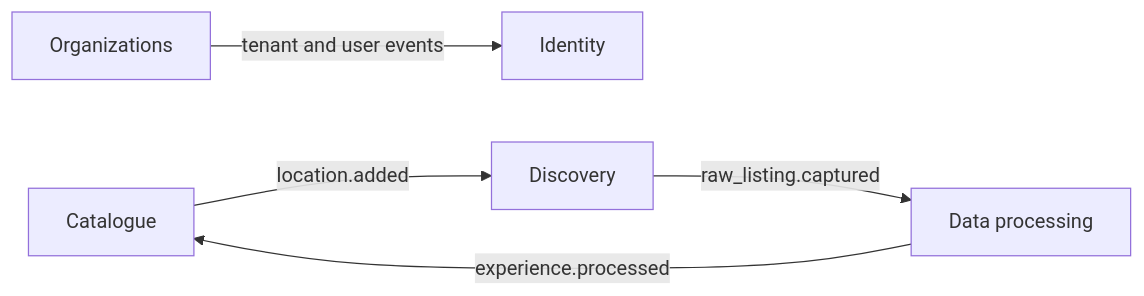
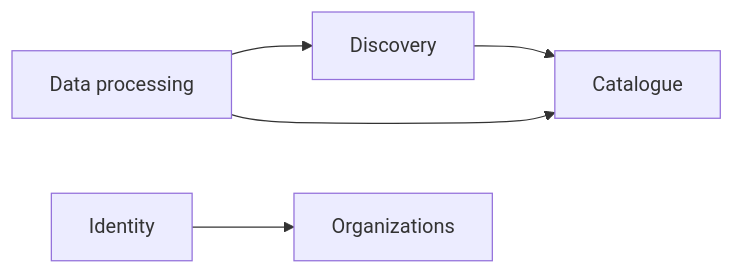
Before and after one commit to mdwt/magic-events: the diagram in docs/data-model.md, drawn with Mermaid. The commit also changed other lines of this file and 3 other files, not shown here.

First line of the commit message:
Simplify discovery: services call services, raw listing status is the hand-off; add discovery.md

````diff
--- a/docs/data-model.md
+++ b/docs/data-model.md
@@ -22,7 +22,7 @@
 ```mermaid
 flowchart LR
-  ORG[Organizations] -- tenant and user events --> ID[Identity]
-  CAT[Catalogue] -- location.added --> DIS[Discovery]
-  DIS -- raw_listing.captured --> DP[Data processing]
-  DP -- experience.processed --> CAT
+  DIS[Discovery] --> CAT[Catalogue]
+  DP[Data processing] --> DIS
+  DP --> CAT
+  ID[Identity] --> ORG[Organizations]
 ```
````
